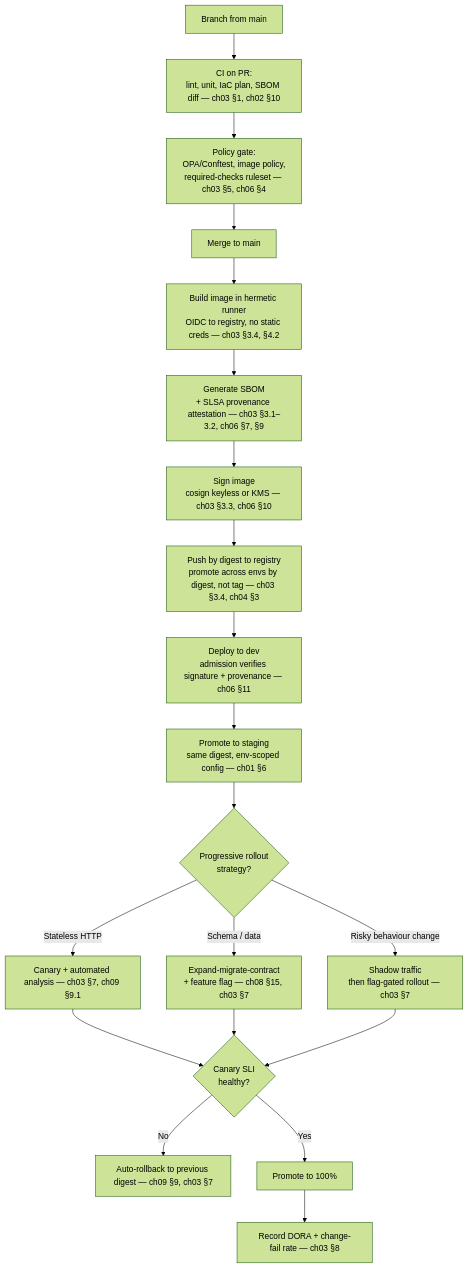
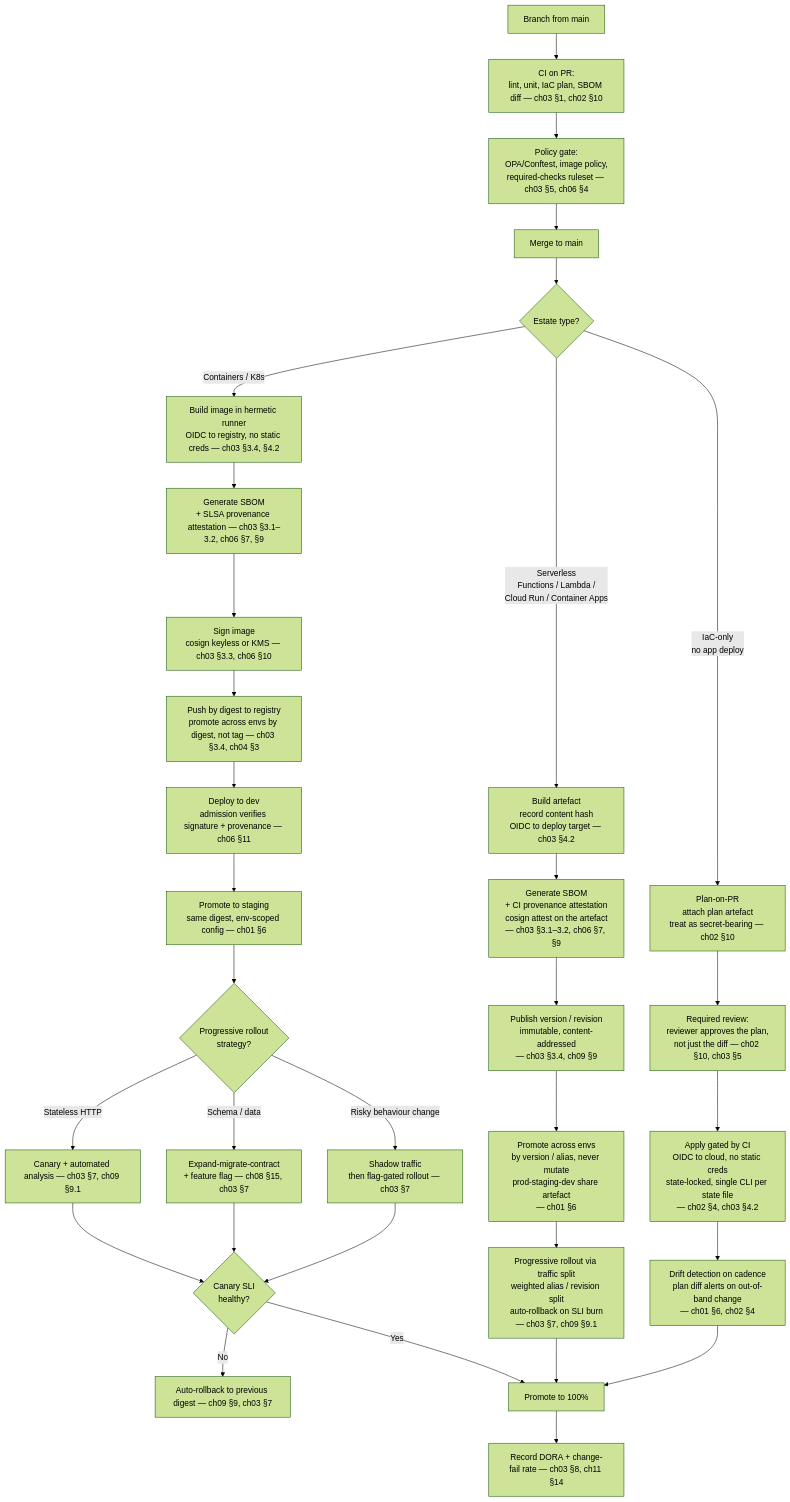
One commit to mghabin/infra-engineering-guide changed the seventh of 13 diagrams in docs/decision-trees.md. Above: the diagram before and after it, drawn with Mermaid (forest theme). The commit also changed other lines of this file and 3 other files, not shown here.

````diff
--- a/docs/decision-trees.md
+++ b/docs/decision-trees.md
@@ -251,22 +266,38 @@
 ```mermaid
 flowchart TD
     A[Branch from main] --> B[CI on PR:<br/>lint, unit, IaC plan, SBOM diff — ch03 §1, ch02 §10]
     B --> C[Policy gate:<br/>OPA/Conftest, image policy,<br/>required-checks ruleset — ch03 §5, ch06 §4]
     C --> D[Merge to main]
-    D --> E[Build image in hermetic runner<br/>OIDC to registry, no static creds — ch03 §3.4, §4.2]
+    D --> ET{Estate type?}
+
+    ET -->|Containers / K8s| E[Build image in hermetic runner<br/>OIDC to registry, no static creds — ch03 §3.4, §4.2]
     E --> F[Generate SBOM<br/>+ SLSA provenance attestation — ch03 §3.1–3.2, ch06 §7, §9]
     F --> G[Sign image<br/>cosign keyless or KMS — ch03 §3.3, ch06 §10]
     G --> H[Push by digest to registry<br/>promote across envs by digest, not tag — ch03 §3.4, ch04 §3]
     H --> I[Deploy to dev<br/>admission verifies signature + provenance — ch06 §11]
     I --> J[Promote to staging<br/>same digest, env-scoped config — ch01 §6]
     J --> K{Progressive rollout<br/>strategy?}
     K -->|Stateless HTTP| L[Canary + automated analysis — ch03 §7, ch09 §9.1]
     K -->|Schema / data| M[Expand-migrate-contract<br/>+ feature flag — ch08 §15, ch03 §7]
     K -->|Risky behaviour change| N[Shadow traffic<br/>then flag-gated rollout — ch03 §7]
     L --> O{Canary SLI<br/>healthy?}
     M --> O
     N --> O
     O -->|No| P[Auto-rollback to previous digest — ch09 §9, ch03 §7]
     O -->|Yes| Q[Promote to 100%]
-    Q --> R[Record DORA + change-fail rate — ch03 §8]
+
+    ET -->|Serverless<br/>Functions / Lambda /<br/>Cloud Run / Container Apps| SA[Build artefact<br/>record content hash<br/>OIDC to deploy target — ch03 §4.2]
+    SA --> SB[Generate SBOM<br/>+ CI provenance attestation<br/>cosign attest on the artefact<br/>— ch03 §3.1–3.2, ch06 §7, §9]
+    SB --> SC[Publish version / revision<br/>immutable, content-addressed<br/>— ch03 §3.4, ch09 §9]
+    SC --> SD[Promote across envs<br/>by version / alias, never mutate<br/>prod-staging-dev share artefact<br/>— ch01 §6]
+    SD --> SE[Progressive rollout via traffic split<br/>weighted alias / revision split<br/>auto-rollback on SLI burn<br/>— ch03 §7, ch09 §9.1]
+    SE --> Q
+
+    ET -->|IaC-only<br/>no app deploy| IA[Plan-on-PR<br/>attach plan artefact<br/>treat as secret-bearing — ch02 §10]
+    IA --> IB[Required review:<br/>reviewer approves the plan,<br/>not just the diff — ch02 §10, ch03 §5]
+    IB --> IC[Apply gated by CI<br/>OIDC to cloud, no static creds<br/>state-locked, single CLI per state file<br/>— ch02 §4, ch03 §4.2]
+    IC --> ID[Drift detection on cadence<br/>plan diff alerts on out-of-band change<br/>— ch01 §6, ch02 §4]
+    ID --> Q
+
+    Q --> R[Record DORA + change-fail rate — ch03 §8, ch11 §14]
 ```
````
